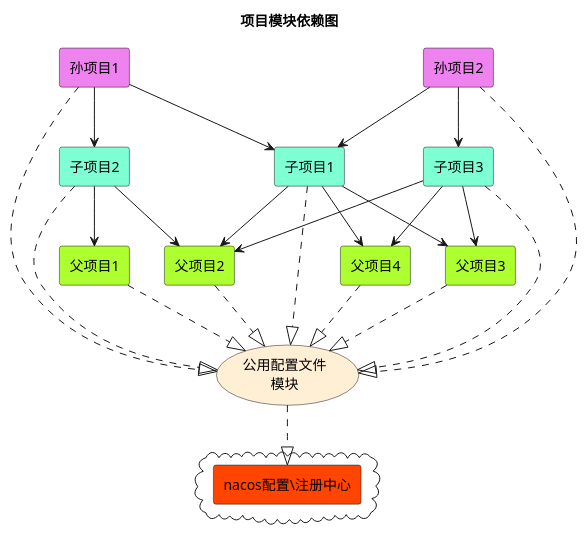
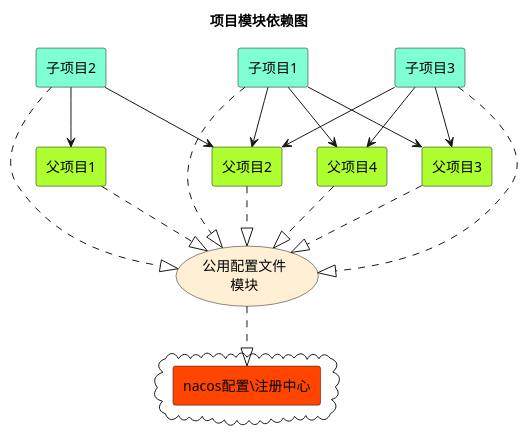
Before and after one commit to jianengzhn/baiju: the diagram in doc/modle-structure.puml, drawn with PlantUML. The commit also changed 2 other files, not shown here.

```diff
--- a/doc/modle-structure.puml
+++ b/doc/modle-structure.puml
@@ -1,51 +1,43 @@
 @startuml
 
 title 项目模块依赖图
 
 ' 定义样式
 cloud {
  rectangle "nacos配置\注册中心"  as s1 #OrangeRed
 }
 (公用配置文件\n模块) as s2 #PapayaWhip
 
 rectangle 父项目1 as s3 #GreenYellow
 rectangle 父项目2 as s4 #GreenYellow
 rectangle 父项目3 as s5 #GreenYellow
 rectangle 父项目4 as s6 #GreenYellow
 rectangle 子项目1 as s7 #Aquamarine
 rectangle 子项目2 as s8 #Aquamarine
 rectangle 子项目3 as s9 #Aquamarine
-rectangle 孙项目1 as s10 #Violet
-rectangle 孙项目2 as s11 #Violet
 
 ' 连线关系
-
-s10 -d-> s7
-s10 -d-> s8
-s11 -d-> s7
-s11 -d-> s9
 
 ' s7 -d->  s3
 s7 -d->  s4
 s7 -d->  s5
 s7 -d->  s6
 
 s8 -d-> s3
 s8 -d-> s4
 
 s9 -d-> s4
 s9 -d-> s5
 s9 -d-> s6
 
 s3 .d.|> s2
 s4 .d.|> s2
 s5 .d.|> s2
 s6 .d.|> s2
 s7 .d.|> s2
 s8 .d.|> s2
 s9 .d.|> s2
-s10 .d.|> s2
-s11 .d.|> s2
+
 s2 .d.|> s1
 
 @enduml
```
